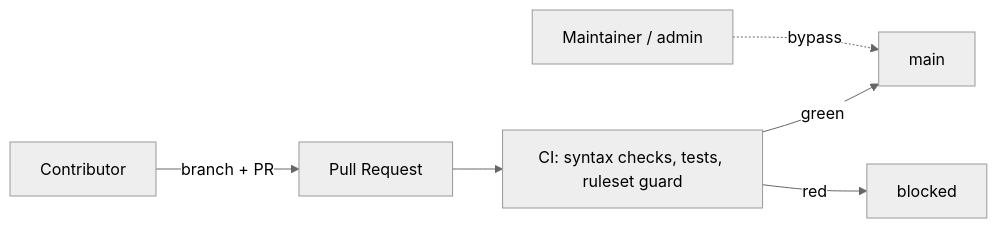
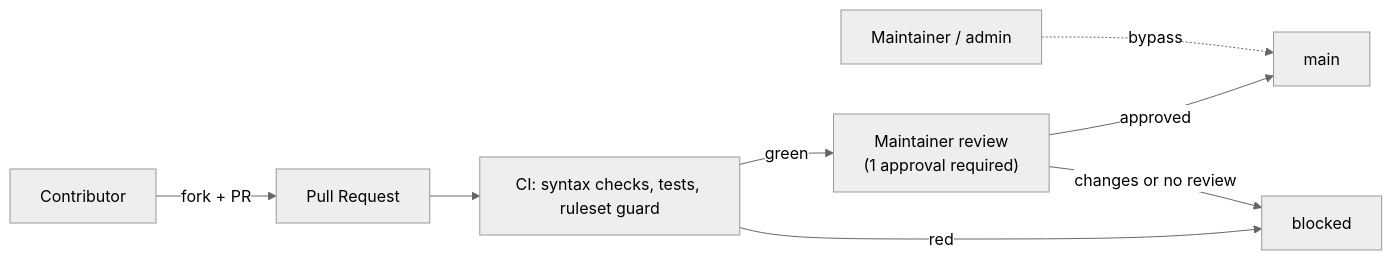
Before and after one commit to Ay7ot/engineering-os: the third of 3 diagrams in README.md, drawn with Mermaid (neutral theme). The commit also changed other lines of this file and 5 other files, not shown here.

First line of the commit message:
feat(ruleset): require 1 approval so only the admin can merge to main

````diff
--- a/README.md
+++ b/README.md
@@ -315,8 +317,10 @@
 ```mermaid
 flowchart LR
-    C[Contributor] -->|branch + PR| PR[Pull Request]
+    C[Contributor] -->|fork + PR| PR[Pull Request]
     PR --> CI["CI: syntax checks, tests, ruleset guard"]
-    CI -->|green| M[main]
+    CI -->|green| RV["Maintainer review<br/>(1 approval required)"]
+    RV -->|approved| M[main]
     CI -->|red| X[blocked]
+    RV -->|changes or no review| X
     A[Maintainer / admin] -.->|bypass| M
 ```
````
